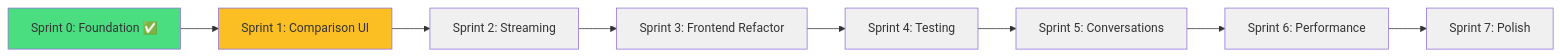
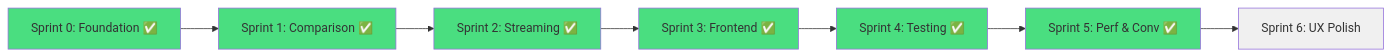
Before and after one commit to jbuz/LLMSelect: the diagram in ROADMAP.md, drawn with Mermaid. The commit also changed other lines of this file and 31 other files, not shown here.

````diff
--- a/ROADMAP.md
+++ b/ROADMAP.md
@@ -218,19 +128,17 @@
 ```mermaid
 graph LR
-    A[Sprint 0: Foundation ✅] --> B[Sprint 1: Comparison UI]
-    B --> C[Sprint 2: Streaming]
-    C --> D[Sprint 3: Frontend Refactor]
-    D --> E[Sprint 4: Testing]
-    E --> F[Sprint 5: Conversations]
-    F --> G[Sprint 6: Performance]
-    G --> H[Sprint 7: Polish]
-    
+    A[Sprint 0: Foundation ✅] --> B[Sprint 1: Comparison ✅]
+    B --> C[Sprint 2: Streaming ✅]
+    C --> D[Sprint 3: Frontend ✅]
+    D --> E[Sprint 4: Testing ✅]
+    E --> F[Sprint 5: Perf & Conv ✅]
+    F --> G[Sprint 6: UX Polish]
+
     style A fill:#4ade80
-    style B fill:#fbbf24
-    style C fill:#f0f0f0
-    style D fill:#f0f0f0
-    style E fill:#f0f0f0
-    style F fill:#f0f0f0
+    style B fill:#4ade80
+    style C fill:#4ade80
+    style D fill:#4ade80
+    style E fill:#4ade80
+    style F fill:#4ade80
     style G fill:#f0f0f0
-    style H fill:#f0f0f0
 ```
````
